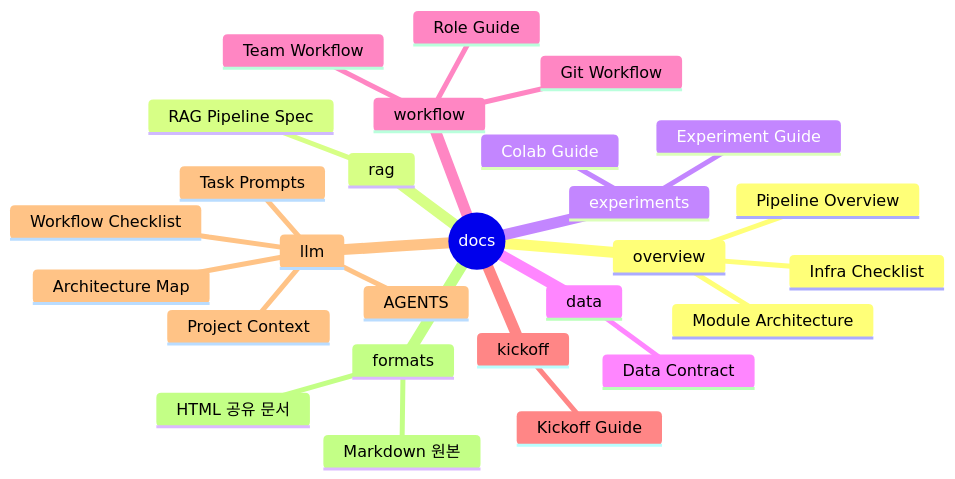
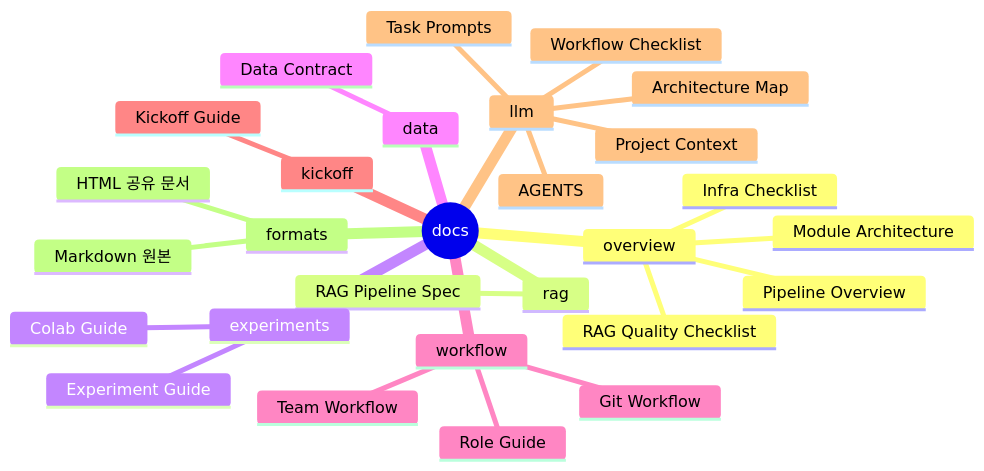
The diagram in docs/README.md (Codeit-Part3-6Team/Codeit-Part3-6Team-Project), drawn with Mermaid before and after one commit. The commit also changed other lines of this file and 4 other files, not shown here.

````diff
--- a/docs/README.md
+++ b/docs/README.md
@@ -9,30 +9,31 @@
 ```mermaid
 mindmap
   root((docs))
     overview
       Pipeline Overview
       Module Architecture
       Infra Checklist
+      RAG Quality Checklist
     rag
       RAG Pipeline Spec
     experiments
       Experiment Guide
       Colab Guide
     data
       Data Contract
     workflow
       Git Workflow
       Role Guide
       Team Workflow
     kickoff
       Kickoff Guide
     llm
       AGENTS
       Project Context
       Architecture Map
       Workflow Checklist
       Task Prompts
     formats
       Markdown 원본
       HTML 공유 문서
 ```
````
